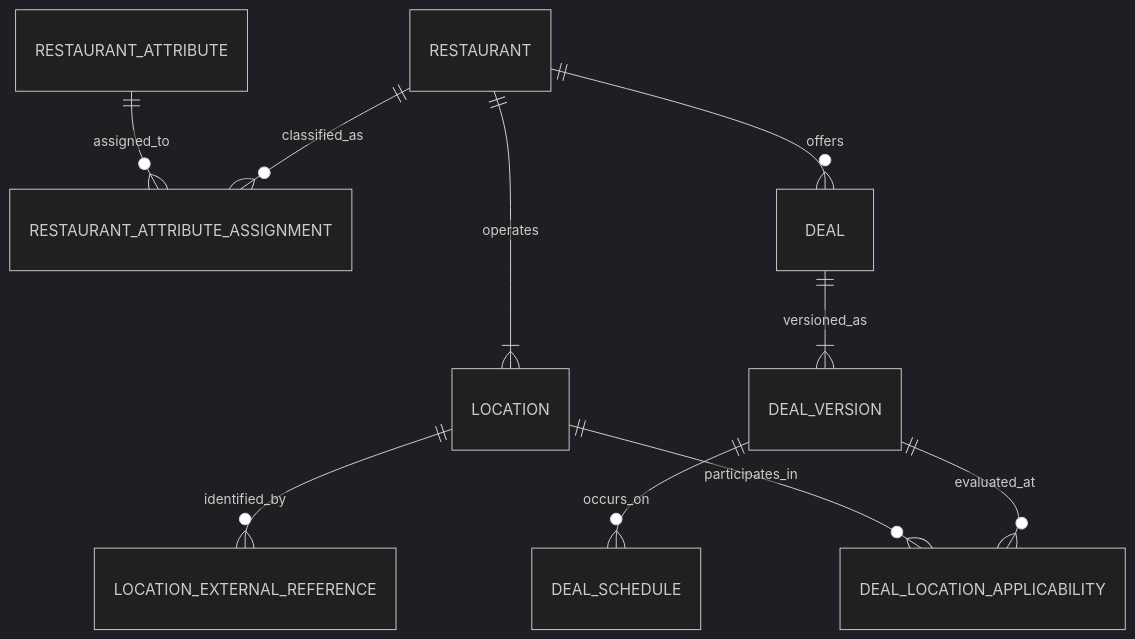
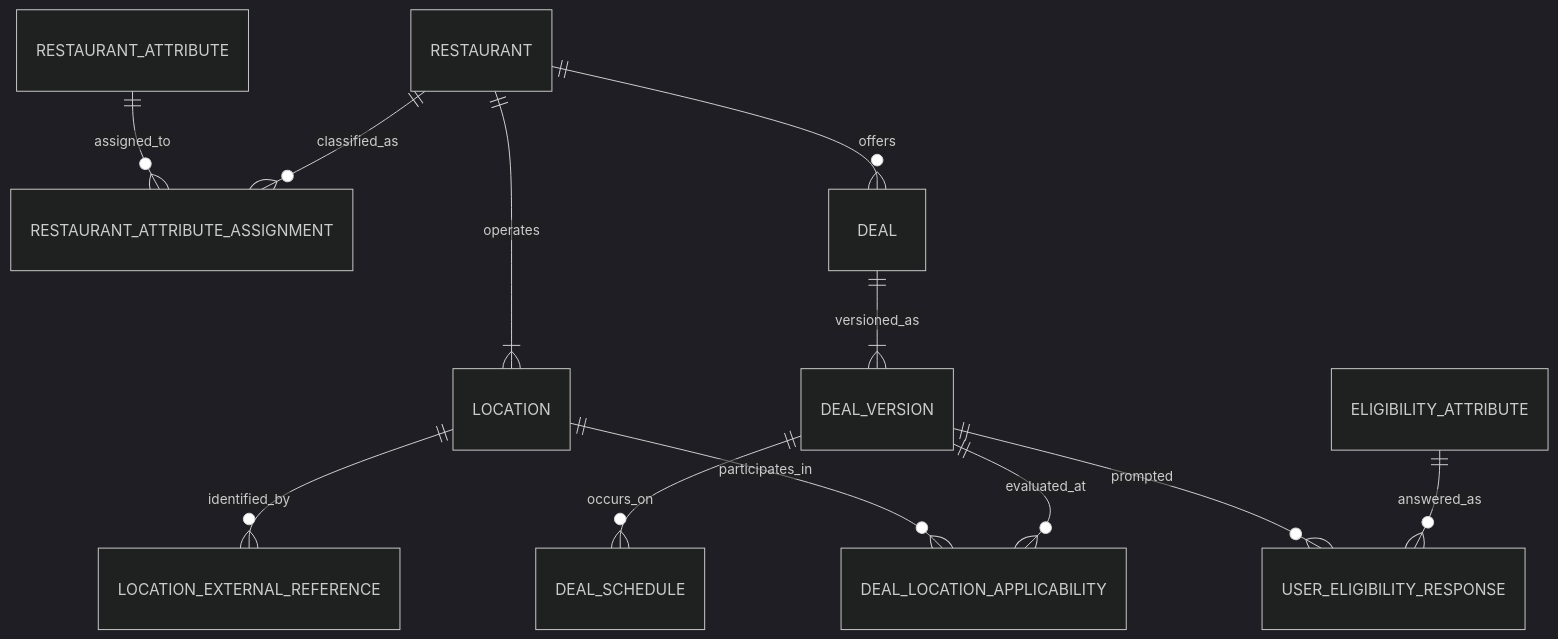
Before and after one commit to arivera1128/WhereWeGoing: the diagram in docs/docs/RELATIONAL_MODEL.md, drawn with Mermaid (dark theme). The commit also changed other lines of this file and 3 other files, not shown here.

````diff
--- a/docs/docs/RELATIONAL_MODEL.md
+++ b/docs/docs/RELATIONAL_MODEL.md
@@ -192,12 +222,14 @@
 ```mermaid
 erDiagram
   RESTAURANT ||--|{ LOCATION : operates
   LOCATION ||--o{ LOCATION_EXTERNAL_REFERENCE : identified_by
   RESTAURANT ||--o{ RESTAURANT_ATTRIBUTE_ASSIGNMENT : classified_as
   RESTAURANT_ATTRIBUTE ||--o{ RESTAURANT_ATTRIBUTE_ASSIGNMENT : assigned_to
   RESTAURANT ||--o{ DEAL : offers
   DEAL ||--|{ DEAL_VERSION : versioned_as
   DEAL_VERSION ||--o{ DEAL_SCHEDULE : occurs_on
   DEAL_VERSION ||--o{ DEAL_LOCATION_APPLICABILITY : evaluated_at
   LOCATION ||--o{ DEAL_LOCATION_APPLICABILITY : participates_in
+  ELIGIBILITY_ATTRIBUTE ||--o{ USER_ELIGIBILITY_RESPONSE : answered_as
+  DEAL_VERSION ||--o{ USER_ELIGIBILITY_RESPONSE : prompted
 ```
````
